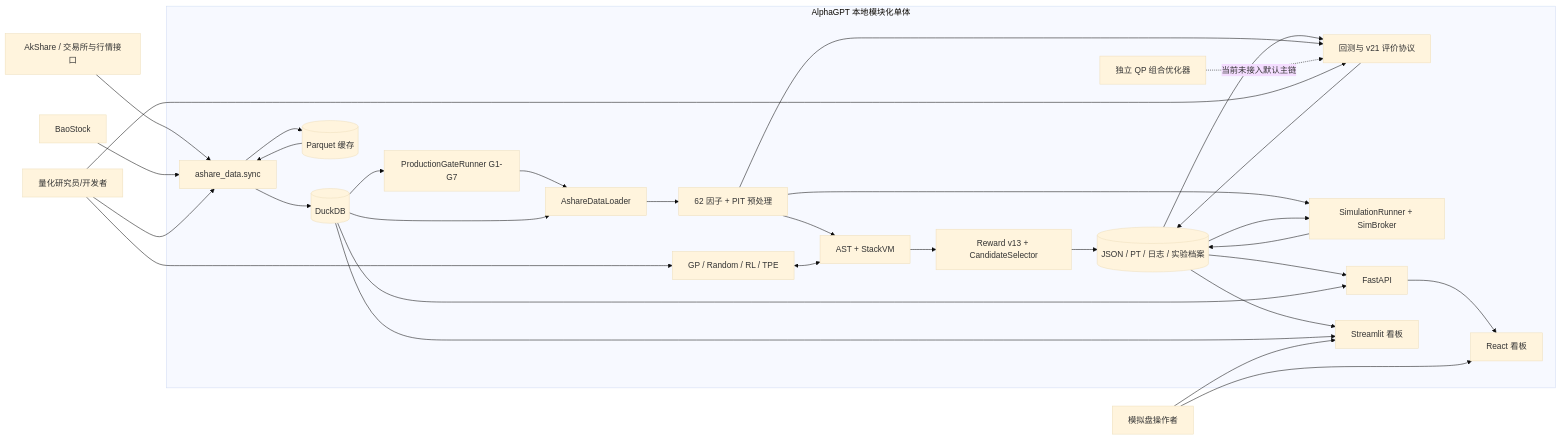
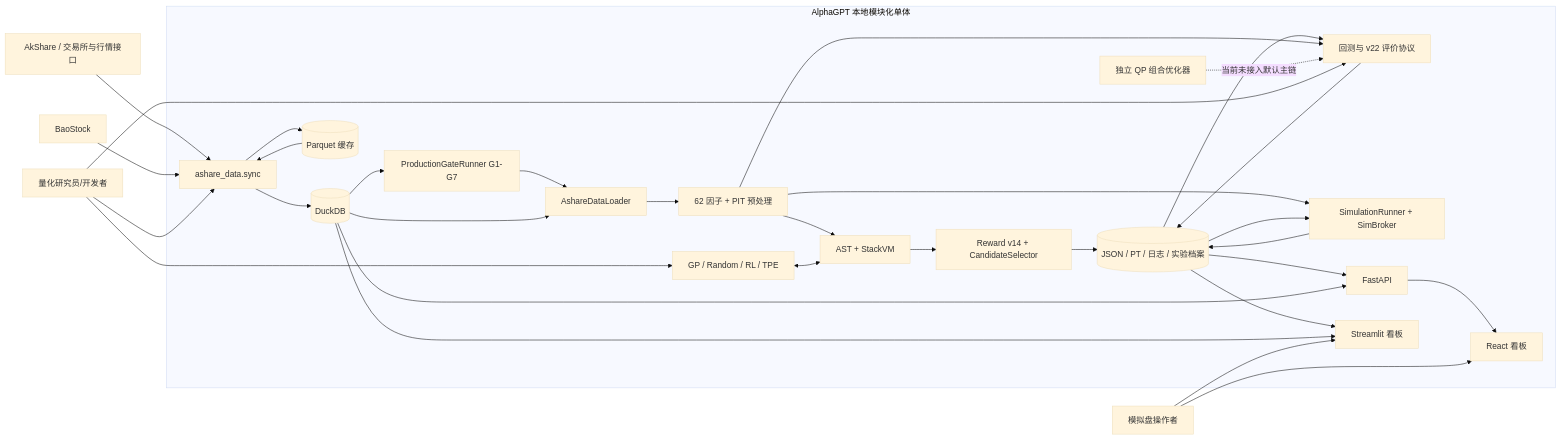
The first of 6 diagrams in docs/PROJECT_ONBOARDING.md (fanxxxks/N), drawn with Mermaid (base theme) before and after one commit. The commit also changed other lines of this file and 25 other files, not shown here.

```diff
--- a/docs/PROJECT_ONBOARDING.md
+++ b/docs/PROJECT_ONBOARDING.md
@@ -188,57 +188,57 @@
 ~~~mermaid
 flowchart LR
     Researcher[量化研究员/开发者]
     Operator[模拟盘操作者]
     AkShare[AkShare / 交易所与行情接口]
     BaoStock[BaoStock]
 
     subgraph AlphaGPT[AlphaGPT 本地模块化单体]
         Sync[ashare_data.sync]
         DB[(DuckDB)]
         PQ[(Parquet 缓存)]
         Gates[ProductionGateRunner G1-G7]
         Loader[AshareDataLoader]
         Factor[62 因子 + PIT 预处理]
         Search[GP / Random / RL / TPE]
         VM[AST + StackVM]
-        Score[Reward v13 + CandidateSelector]
-        Backtest[回测与 v21 评价协议]
+        Score[Reward v14 + CandidateSelector]
+        Backtest[回测与 v22 评价协议]
         Optimizer[独立 QP 组合优化器]
         Sim[SimulationRunner + SimBroker]
         Artifacts[(JSON / PT / 日志 / 实验档案)]
         API[FastAPI]
         React[React 看板]
         Streamlit[Streamlit 看板]
     end
 
     AkShare --> Sync
     BaoStock --> Sync
     Sync --> DB
     Sync --> PQ
     DB --> Gates
     Gates --> Loader
     DB --> Loader
     PQ --> Sync
     Loader --> Factor
     Factor --> VM
     Search <--> VM
     VM --> Score
     Score --> Artifacts
     Artifacts --> Backtest
     Factor --> Backtest
     Backtest --> Artifacts
     Factor --> Sim
     Artifacts --> Sim
     Sim --> Artifacts
     Optimizer -. 当前未接入默认主链 .-> Backtest
     Artifacts --> API
     DB --> API
     API --> React
     Artifacts --> Streamlit
     DB --> Streamlit
     Researcher --> Sync
     Researcher --> Search
     Researcher --> Backtest
     Operator --> React
     Operator --> Streamlit
 ~~~
```
